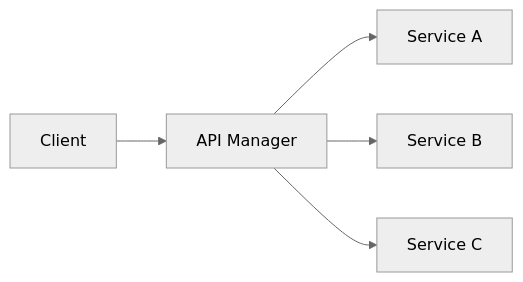
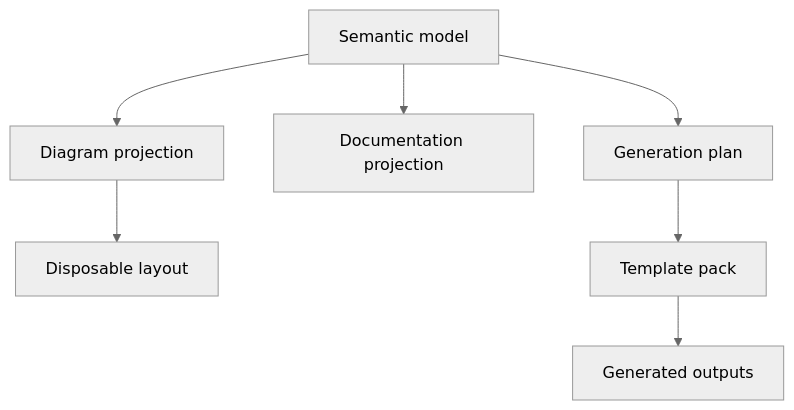
One commit to Allann/Modeller.Next changed the fifth of 8 diagrams in docs/architecture/architecture-101.md. Above: the diagram before and after it, drawn with Mermaid (neutral theme). The commit also changed other lines of this file and 22 other files, not shown here.

Commit message:
Establish documentation and semantic foundation

````diff
--- a/docs/architecture/architecture-101.md
+++ b/docs/architecture/architecture-101.md
@@ -104,7 +168,9 @@
 ```mermaid
-graph LR
-    Client --> APIM[API Manager]
-    APIM --> SvcA[Service A]
-    APIM --> SvcB[Service B]
-    APIM --> SvcC[Service C]
+graph TD
+    Model[Semantic model] --> Diagram[Diagram projection]
+    Model --> Docs[Documentation projection]
+    Model --> Plan[Generation plan]
+    Diagram --> Layout[Disposable layout]
+    Plan --> Templates[Template pack]
+    Templates --> Outputs[Generated outputs]
 ```
````
